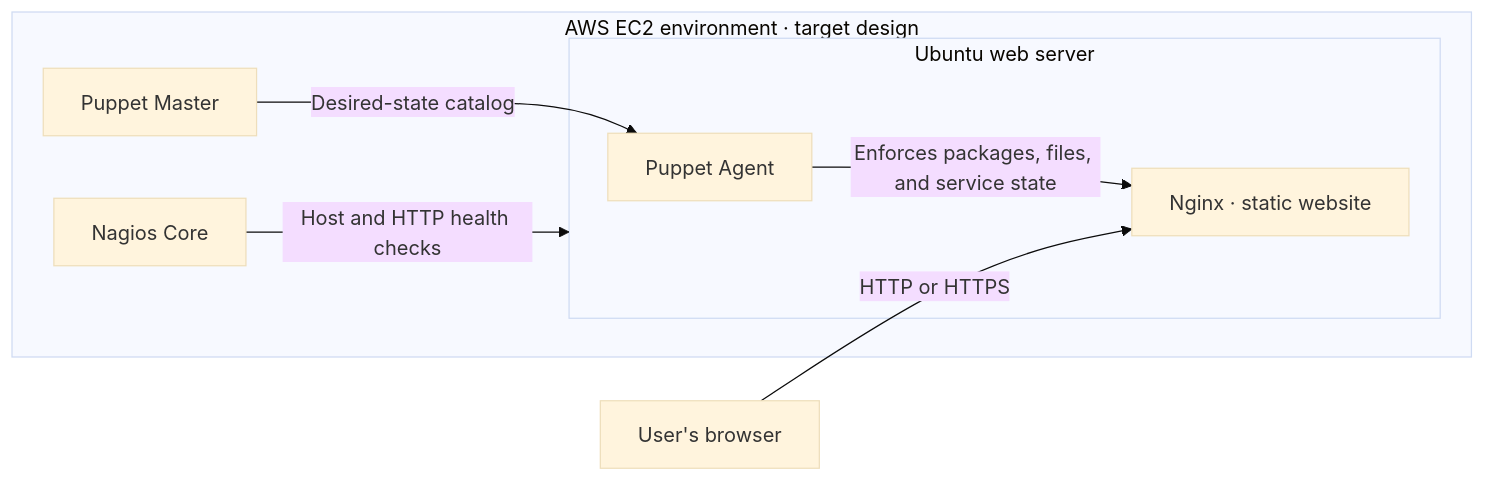
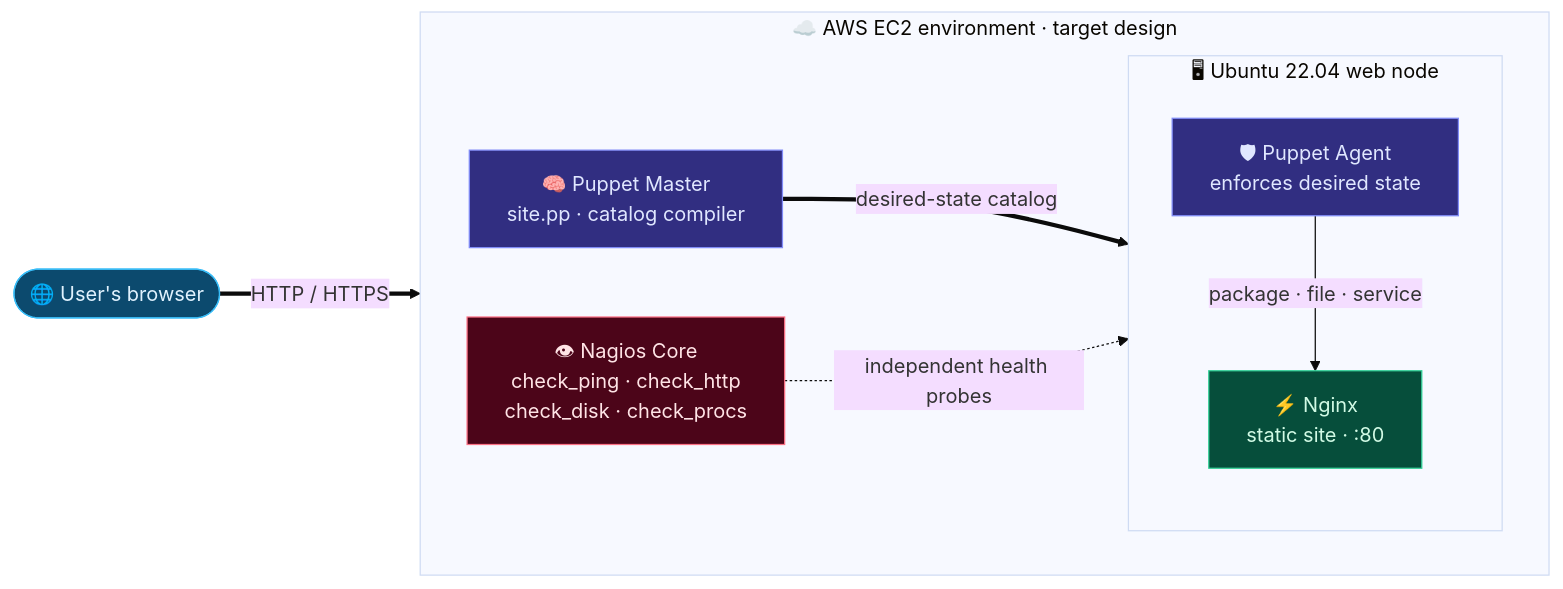
One commit to ruthwik-thotapelli/CloudOps-Monitor-Automated-Web-Server-Deployment-Monitoring changed the first of 8 diagrams in README.md. Above: the diagram before and after it, drawn with Mermaid (base theme). The commit also changed other lines of this file, not shown here.

````diff
--- a/README.md
+++ b/README.md
@@ -37,18 +62,32 @@
 ```mermaid
 flowchart LR
-    Browser[User's browser]
+    User(["🌐 User's browser"])
 
-    subgraph AWS[AWS EC2 environment · target design]
-        Master[Puppet Master]
-        subgraph WebNode[Ubuntu web server]
-            Agent[Puppet Agent]
-            Nginx[Nginx · static website]
-            Agent -->|Enforces packages, files, and service state| Nginx
+    subgraph AWS["☁️ AWS EC2 environment · target design"]
+        direction LR
+        Master["🧠 Puppet Master<br/>site.pp · catalog compiler"]
+
+        subgraph Web["🖥 Ubuntu 22.04 web node"]
+            direction TB
+            Agent["🛡 Puppet Agent<br/>enforces desired state"]
+            Nginx["⚡ Nginx<br/>static site · :80"]
+            Agent -->|"package · file · service"| Nginx
         end
-        Nagios[Nagios Core]
-        Master -->|Desired-state catalog| Agent
-        Nagios -->|Host and HTTP health checks| WebNode
+
+        Nagios["👁 Nagios Core<br/>check_ping · check_http<br/>check_disk · check_procs"]
+
+        Master ==>|"desired-state catalog"| Agent
+        Nagios -.->|"independent health probes"| Web
     end
 
-    Browser -->|HTTP or HTTPS| Nginx
+    User ==>|"HTTP / HTTPS"| Nginx
+
+    classDef brain fill:#312e81,stroke:#818cf8,color:#e0e7ff
+    classDef web fill:#064e3b,stroke:#34d399,color:#d1fae5
+    classDef watch fill:#4c0519,stroke:#fb7185,color:#ffe4e6
+    classDef user fill:#0c4a6e,stroke:#38bdf8,color:#e0f2fe
+    class Master,Agent brain
+    class Nginx web
+    class Nagios watch
+    class User user
 ```
````
